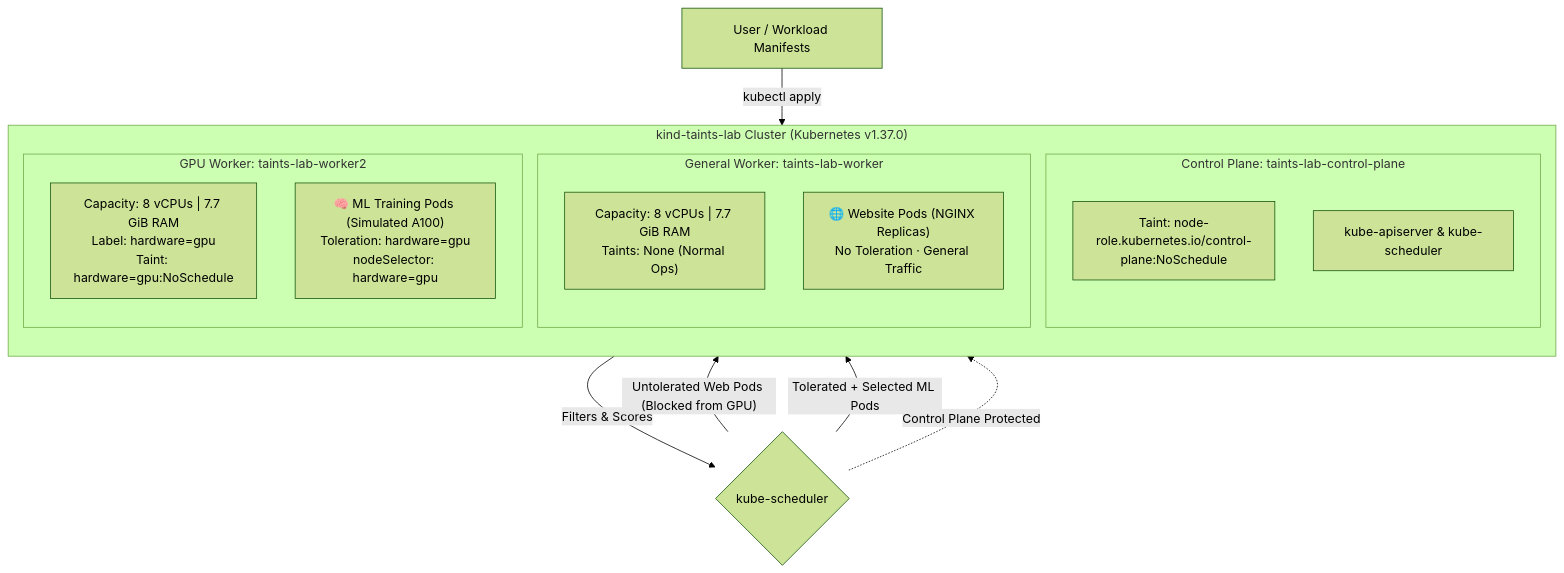
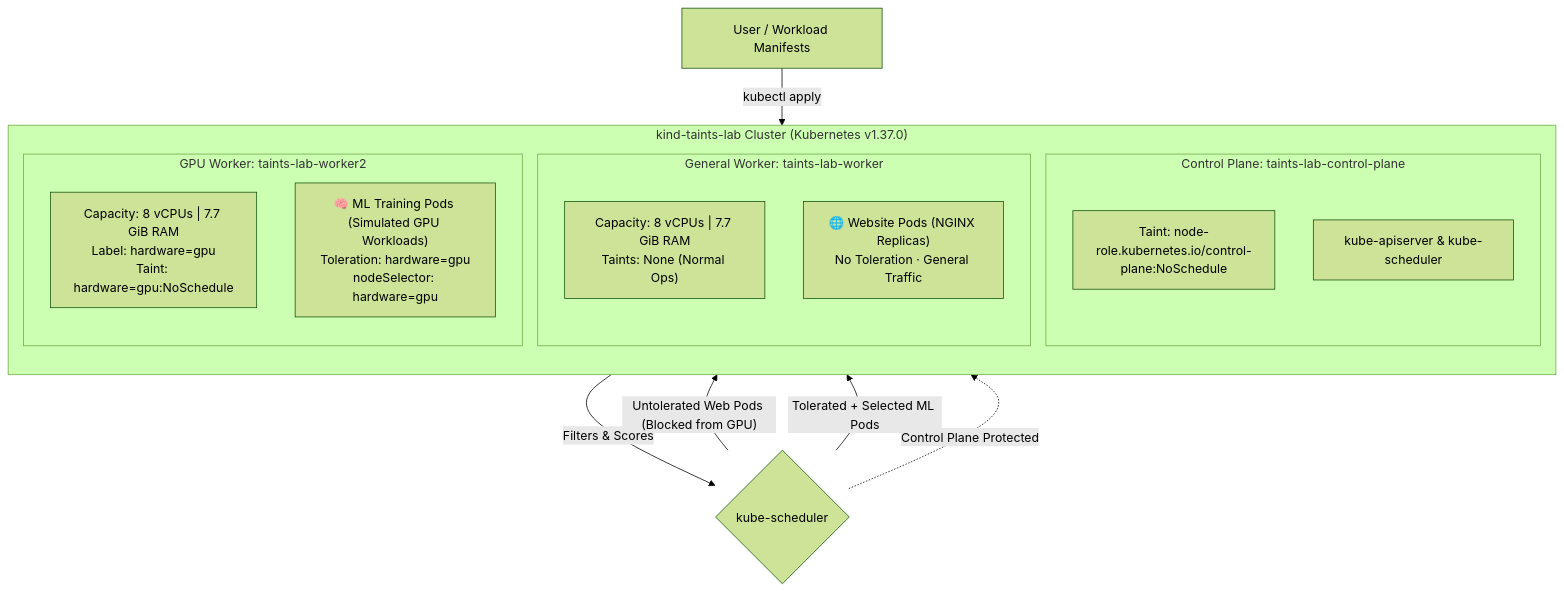
Before and after one commit to Nilakhs/Demo-for-CC-Project: the first of 3 diagrams in README.md, drawn with Mermaid (forest theme). The commit also changed other lines of this file and 6 other files, not shown here.

````diff
--- a/README.md
+++ b/README.md
@@ -92,27 +92,27 @@
 ```mermaid
 flowchart TD
     subgraph Cluster["kind-taints-lab Cluster (Kubernetes v1.37.0)"]
         direction TB
         
         subgraph CP_Node["Control Plane: taints-lab-control-plane"]
             CP_Taint["Taint: node-role.kubernetes.io/control-plane:NoSchedule"]
             APIServer["kube-apiserver & kube-scheduler"]
         end
 
         subgraph General_Node["General Worker: taints-lab-worker"]
             Gen_Specs["Capacity: 8 vCPUs | 7.7 GiB RAM\nTaints: None (Normal Ops)"]
             WebPods["🌐 Website Pods (NGINX Replicas)\nNo Toleration · General Traffic"]
         end
 
         subgraph GPU_Node["GPU Worker: taints-lab-worker2"]
             GPU_Specs["Capacity: 8 vCPUs | 7.7 GiB RAM\nLabel: hardware=gpu\nTaint: hardware=gpu:NoSchedule"]
-            MLPods["🧠 ML Training Pods (Simulated A100)\nToleration: hardware=gpu\nnodeSelector: hardware=gpu"]
+            MLPods["🧠 ML Training Pods (Simulated GPU Workloads)\nToleration: hardware=gpu\nnodeSelector: hardware=gpu"]
         end
     end
 
     DevUser["User / Workload Manifests"] -->|kubectl apply| APIServer
     APIServer -->|Filters & Scores| Decision{kube-scheduler}
     Decision -->|"Untolerated Web Pods (Blocked from GPU)"| WebPods
     Decision -->|"Tolerated + Selected ML Pods"| MLPods
     Decision -.->|"Control Plane Protected"| CP_Node
 ```
````
